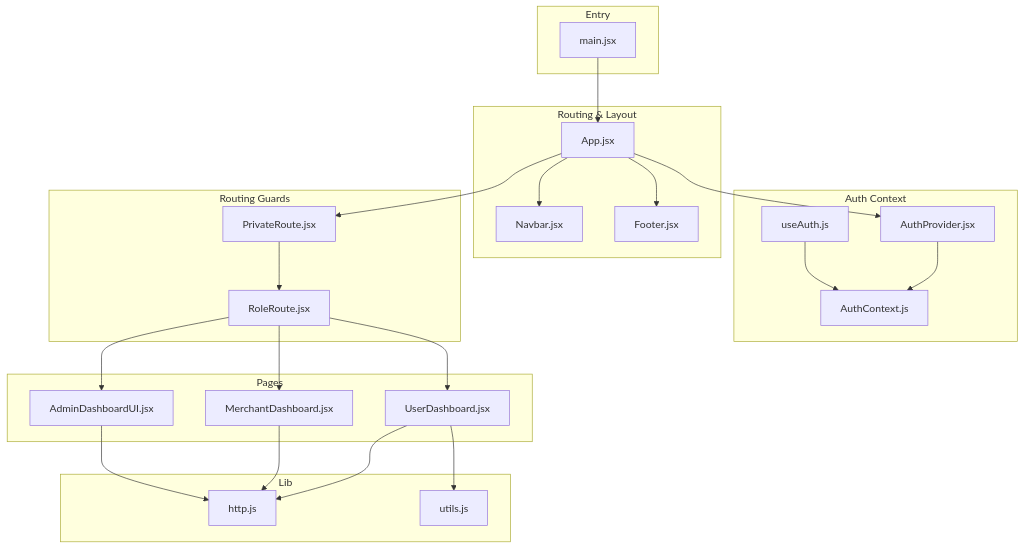
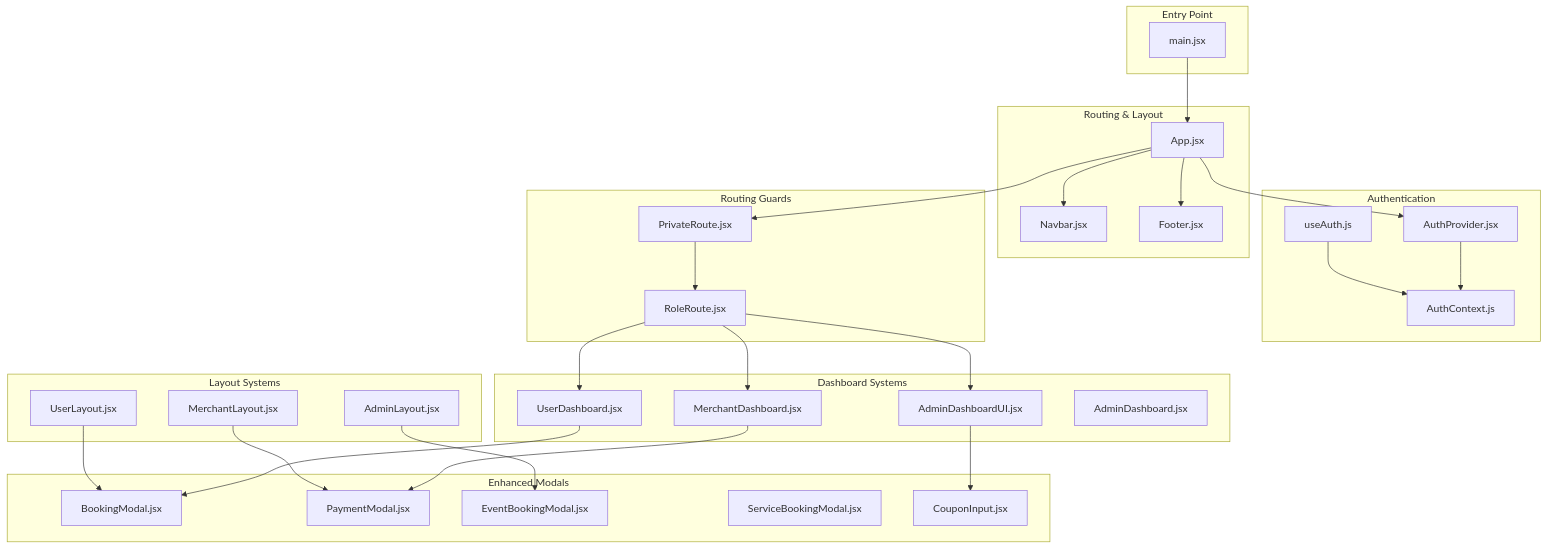
Before and after one commit to meghanamallela69-tech/event: the first of 16 diagrams in .qoder/repowiki/en/content/Frontend Architecture/Frontend Architecture.md, drawn with Mermaid. The commit also changed other lines of this file and 63 other files, not shown here.

````diff
--- a/.qoder/repowiki/en/content/Frontend Architecture/Frontend Architecture.md
+++ b/.qoder/repowiki/en/content/Frontend Architecture/Frontend Architecture.md
@@ -50,44 +68,55 @@
 ```mermaid
 graph TB
-subgraph "Entry"
+subgraph "Entry Point"
 MAIN["main.jsx"]
 end
 subgraph "Routing & Layout"
 APP["App.jsx"]
 NAV["Navbar.jsx"]
 FOOTER["Footer.jsx"]
 end
-subgraph "Auth Context"
+subgraph "Authentication"
 AUTH_PROVIDER["AuthProvider.jsx"]
 USEAUTH["useAuth.js"]
 AUTHCTX["AuthContext.js"]
 end
 subgraph "Routing Guards"
 PRIV["PrivateRoute.jsx"]
 ROLE["RoleRoute.jsx"]
 end
-subgraph "Pages"
-UDash["UserDashboard.jsx"]
-MDash["MerchantDashboard.jsx"]
-ADash["AdminDashboardUI.jsx"]
+subgraph "Enhanced Modals"
+BOOKING["BookingModal.jsx"]
+PAYMENT["PaymentModal.jsx"]
+EVENT_BOOK["EventBookingModal.jsx"]
+SERVICE_BOOK["ServiceBookingModal.jsx"]
+COUPON["CouponInput.jsx"]
 end
-subgraph "Lib"
-HTTP["http.js"]
-UTIL["utils.js"]
+subgraph "Dashboard Systems"
+USER_DASH["UserDashboard.jsx"]
+MERCHANT_DASH["MerchantDashboard.jsx"]
+ADMIN_DASH["AdminDashboardUI.jsx"]
+ADMIN_DASH_NEW["AdminDashboard.jsx"]
+end
+subgraph "Layout Systems"
+USER_LAYOUT["UserLayout.jsx"]
+MERCHANT_LAYOUT["MerchantLayout.jsx"]
+ADMIN_LAYOUT["AdminLayout.jsx"]
 end
 MAIN --> APP
 APP --> NAV
 APP --> FOOTER
 APP --> PRIV
 PRIV --> ROLE
-ROLE --> UDash
-ROLE --> MDash
-ROLE --> ADash
+ROLE --> USER_DASH
+ROLE --> MERCHANT_DASH
+ROLE --> ADMIN_DASH
 APP --> AUTH_PROVIDER
 AUTH_PROVIDER --> AUTHCTX
 USEAUTH --> AUTHCTX
-UDash --> HTTP
-MDash --> HTTP
-ADash --> HTTP
-UDash --> UTIL
+USER_DASH --> BOOKING
+MERCHANT_DASH --> PAYMENT
+ADMIN_DASH --> COUPON
+USER_LAYOUT --> BOOKING
+MERCHANT_LAYOUT --> PAYMENT
+ADMIN_LAYOUT --> EVENT_BOOK
 ```
````
